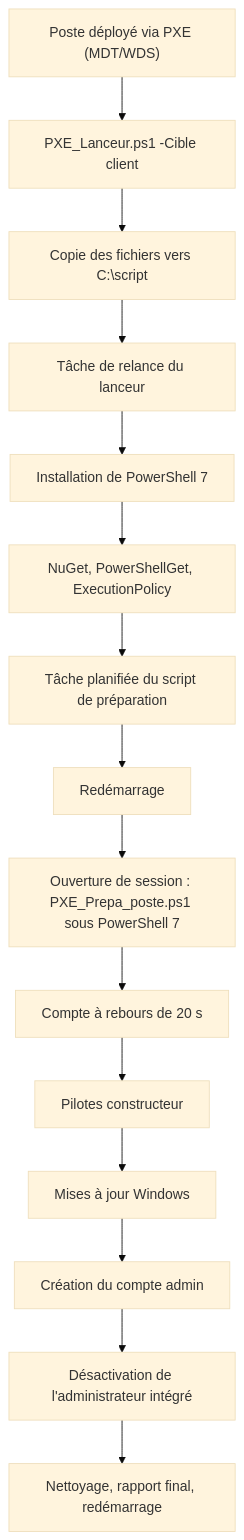
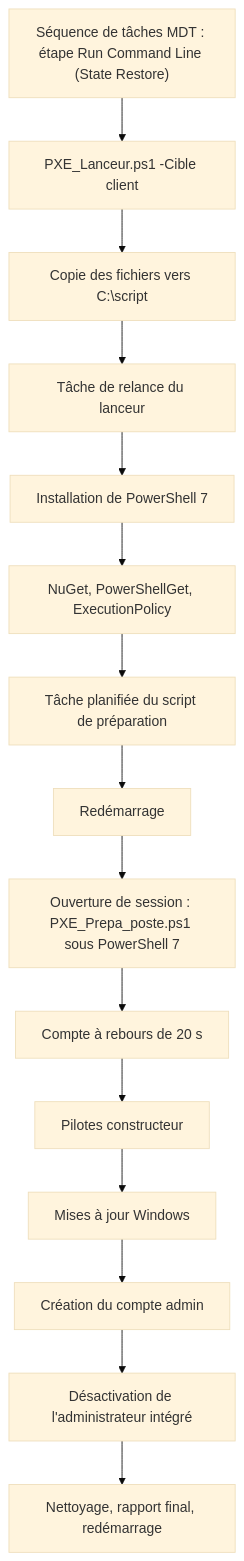
The first of 3 diagrams in README.md (JessyMarlot/Windows-Auto-Install), drawn with Mermaid (base theme) before and after one commit. The commit also changed other lines of this file, not shown here.

````diff
--- a/README.md
+++ b/README.md
@@ -47,17 +61,17 @@
 ```mermaid
 flowchart TD
-    A["Poste déployé via PXE (MDT/WDS)"] --> B["PXE_Lanceur.ps1 -Cible client"]
+    A["Séquence de tâches MDT : étape Run Command Line (State Restore)"] --> B["PXE_Lanceur.ps1 -Cible client"]
     B --> C["Copie des fichiers vers C:\script"]
     C --> D["Tâche de relance du lanceur"]
     D --> E["Installation de PowerShell 7"]
     E --> F["NuGet, PowerShellGet, ExecutionPolicy"]
     F --> G["Tâche planifiée du script de préparation"]
     G --> H["Redémarrage"]
     H --> I["Ouverture de session : PXE_Prepa_poste.ps1 sous PowerShell 7"]
     I --> J["Compte à rebours de 20 s"]
     J --> K["Pilotes constructeur"]
     K --> L["Mises à jour Windows"]
     L --> M["Création du compte admin"]
     M --> N["Désactivation de l'administrateur intégré"]
     N --> O["Nettoyage, rapport final, redémarrage"]
 ```
````
